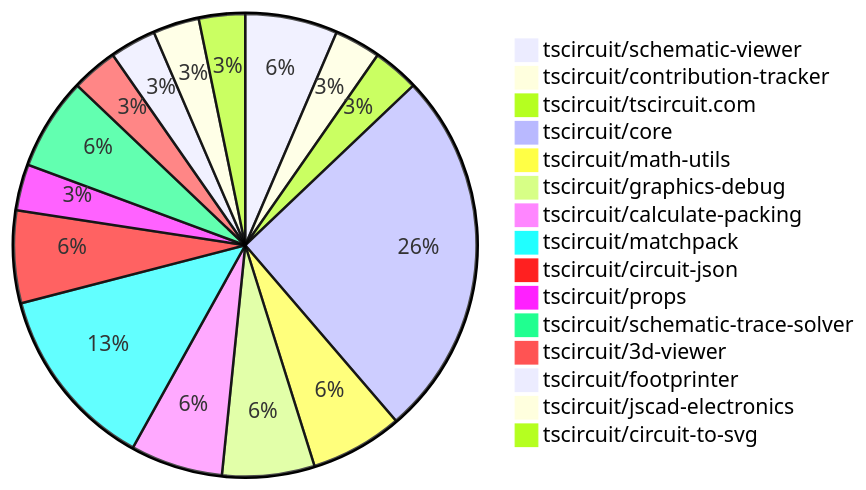
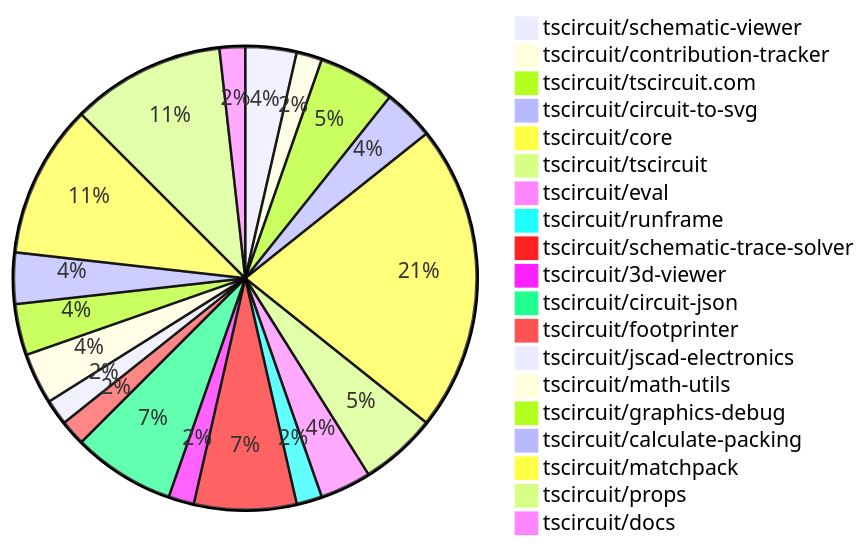
The first of 2 diagrams in README.md (tscircuit/contribution-tracker), drawn with Mermaid before and after one commit. The commit also changed other lines of this file and 3 other files, not shown here.

````diff
--- a/README.md
+++ b/README.md
@@ -29,18 +29,22 @@
 ```mermaid
 pie
     "tscircuit/schematic-viewer" : 2
     "tscircuit/contribution-tracker" : 1
-    "tscircuit/tscircuit.com" : 1
-    "tscircuit/core" : 8
+    "tscircuit/tscircuit.com" : 3
+    "tscircuit/circuit-to-svg" : 2
+    "tscircuit/core" : 12
+    "tscircuit/tscircuit" : 3
+    "tscircuit/eval" : 2
+    "tscircuit/runframe" : 1
+    "tscircuit/schematic-trace-solver" : 4
+    "tscircuit/3d-viewer" : 1
+    "tscircuit/circuit-json" : 4
+    "tscircuit/footprinter" : 1
+    "tscircuit/jscad-electronics" : 1
     "tscircuit/math-utils" : 2
     "tscircuit/graphics-debug" : 2
     "tscircuit/calculate-packing" : 2
-    "tscircuit/matchpack" : 4
-    "tscircuit/circuit-json" : 2
-    "tscircuit/props" : 1
-    "tscircuit/schematic-trace-solver" : 2
-    "tscircuit/3d-viewer" : 1
-    "tscircuit/footprinter" : 1
-    "tscircuit/jscad-electronics" : 1
-    "tscircuit/circuit-to-svg" : 1
+    "tscircuit/matchpack" : 6
+    "tscircuit/props" : 6
+    "tscircuit/docs" : 1
 ```
````
